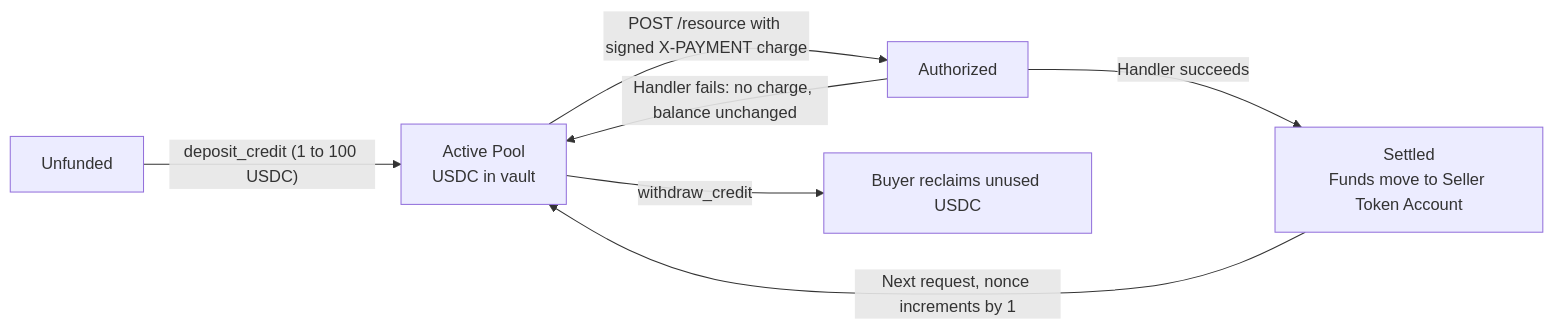
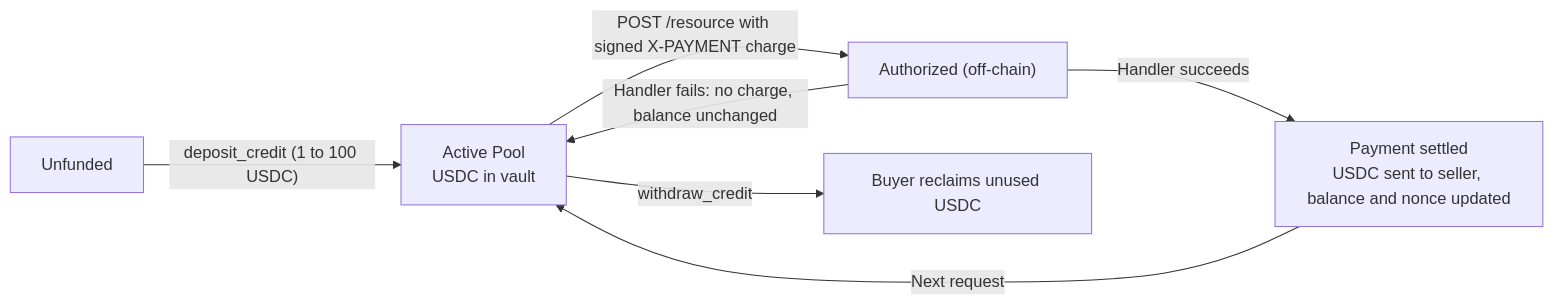
One commit to seyoj7/ghostrail changed the third of 3 diagrams in README.md. Above: the diagram before and after it, drawn with Mermaid. The commit also changed other lines of this file, not shown here.

Commit message:
feat: enhance system architecture diagram and payment flow details in README.md

````diff
--- a/README.md
+++ b/README.md
@@ -77,9 +63,9 @@
 ```mermaid
 flowchart LR
   Unfunded["Unfunded"] -->|"deposit_credit (1 to 100 USDC)"| Active["Active Pool<br/>USDC in vault"]
-  Active -->|"POST /resource with signed X-PAYMENT charge"| Authorized["Authorized"]
+  Active -->|"POST /resource with signed X-PAYMENT charge"| Authorized["Authorized (off-chain)"]
   Authorized -->|"Handler fails: no charge, balance unchanged"| Active
-  Authorized -->|"Handler succeeds"| Settled["Settled<br/>Funds move to Seller Token Account"]
-  Settled -->|"Next request, nonce increments by 1"| Active
+  Authorized -->|"Handler succeeds"| Settled["Payment settled<br/>USDC sent to seller, balance and nonce updated"]
+  Settled -->|"Next request"| Active
   Active -->|"withdraw_credit"| Withdrawn["Buyer reclaims unused USDC"]
 ```
````
